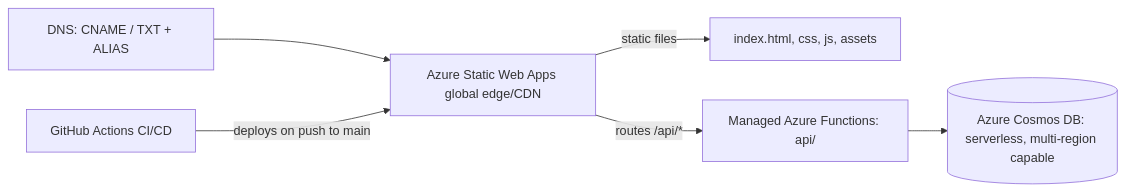
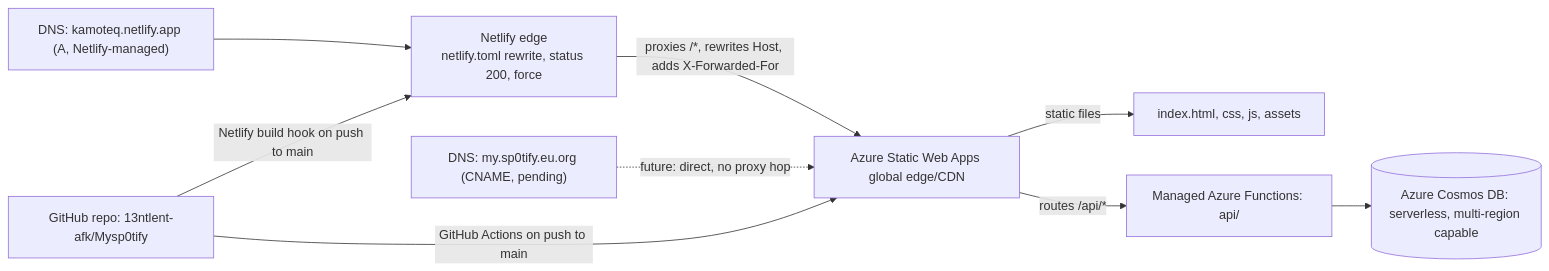
The third of 4 diagrams in FQDN_DNS_LAMP_INFRASTRUCTURE.md (13ntlent-afk/Mysp0tify), drawn with Mermaid before and after one commit. The commit also changed other lines of this file and 3 other files, not shown here.

First line of the commit message:
docs: document Netlify proxy front door at kamoteq.netlify.app

````diff
--- a/FQDN_DNS_LAMP_INFRASTRUCTURE.md
+++ b/FQDN_DNS_LAMP_INFRASTRUCTURE.md
@@ -170,8 +267,11 @@
 ```mermaid
 flowchart LR
-    DNS[DNS: CNAME / TXT + ALIAS] --> Edge[Azure Static Web Apps global edge/CDN]
+    DNS["DNS: kamoteq.netlify.app (A, Netlify-managed)"] --> NL["Netlify edge<br/>netlify.toml rewrite, status 200, force"]
+    NL -->|"proxies /*, rewrites Host, adds X-Forwarded-For"| Edge[Azure Static Web Apps global edge/CDN]
+    DNS2["DNS: my.sp0tify.eu.org (CNAME, pending)"] -.->|"future: direct, no proxy hop"| Edge
     Edge -->|static files| Site[index.html, css, js, assets]
     Edge -->|routes /api/*| Functions[Managed Azure Functions: api/]
     Functions --> Cosmos[(Azure Cosmos DB: serverless, multi-region capable)]
-    GH[GitHub Actions CI/CD] -->|deploys on push to main| Edge
+    GH[GitHub repo: 13ntlent-afk/Mysp0tify] -->|GitHub Actions on push to main| Edge
+    GH -->|Netlify build hook on push to main| NL
 ```
````
